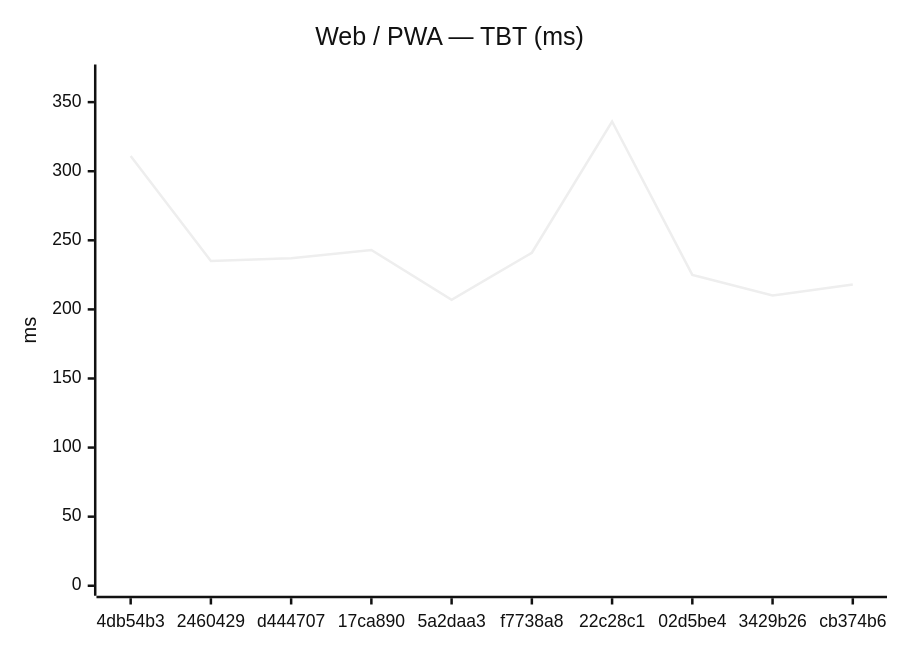
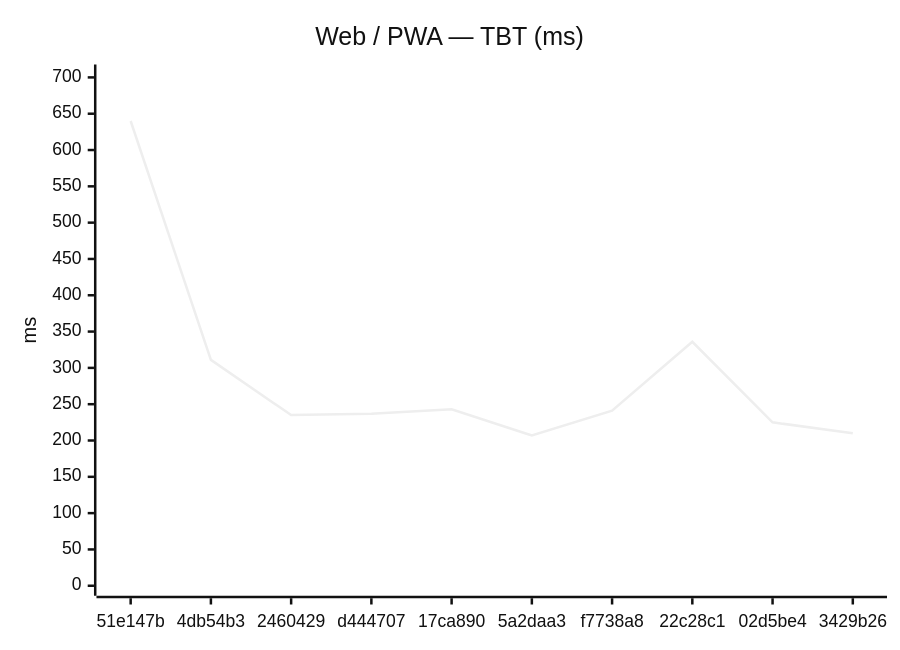
One commit to Metaheurist/Rianell changed the second of 18 diagrams in benchmarks/compare.md. Above: the diagram before and after it, drawn with Mermaid (neutral theme). The commit also changed other lines of this file and 11 other files, not shown here.

````diff
--- a/benchmarks/compare.md
+++ b/benchmarks/compare.md
@@ -31,7 +31,7 @@
 ```mermaid
 xychart-beta
     title "Web / PWA — TBT (ms)"
-    x-axis ["4db54b3", "2460429", "d444707", "17ca890", "5a2daa3", "f7738a8", "22c28c1", "02d5be4", "3429b26", "cb374b6"]
-    y-axis "ms" 0 --> 370
-    line [311, 235, 237, 243, 207, 241, 336, 225, 210, 218]
+    x-axis ["51e147b", "4db54b3", "2460429", "d444707", "17ca890", "5a2daa3", "f7738a8", "22c28c1", "02d5be4", "3429b26"]
+    y-axis "ms" 0 --> 704
+    line [640, 311, 235, 237, 243, 207, 241, 336, 225, 210]
 ```
````
